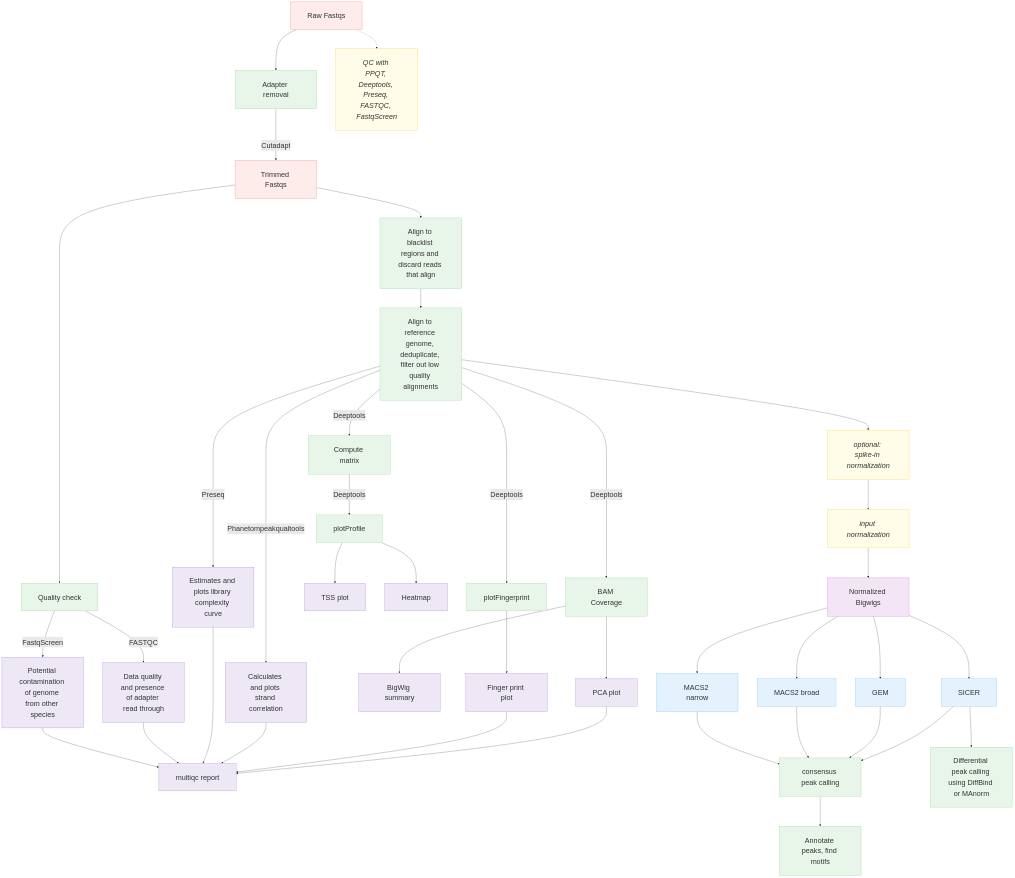
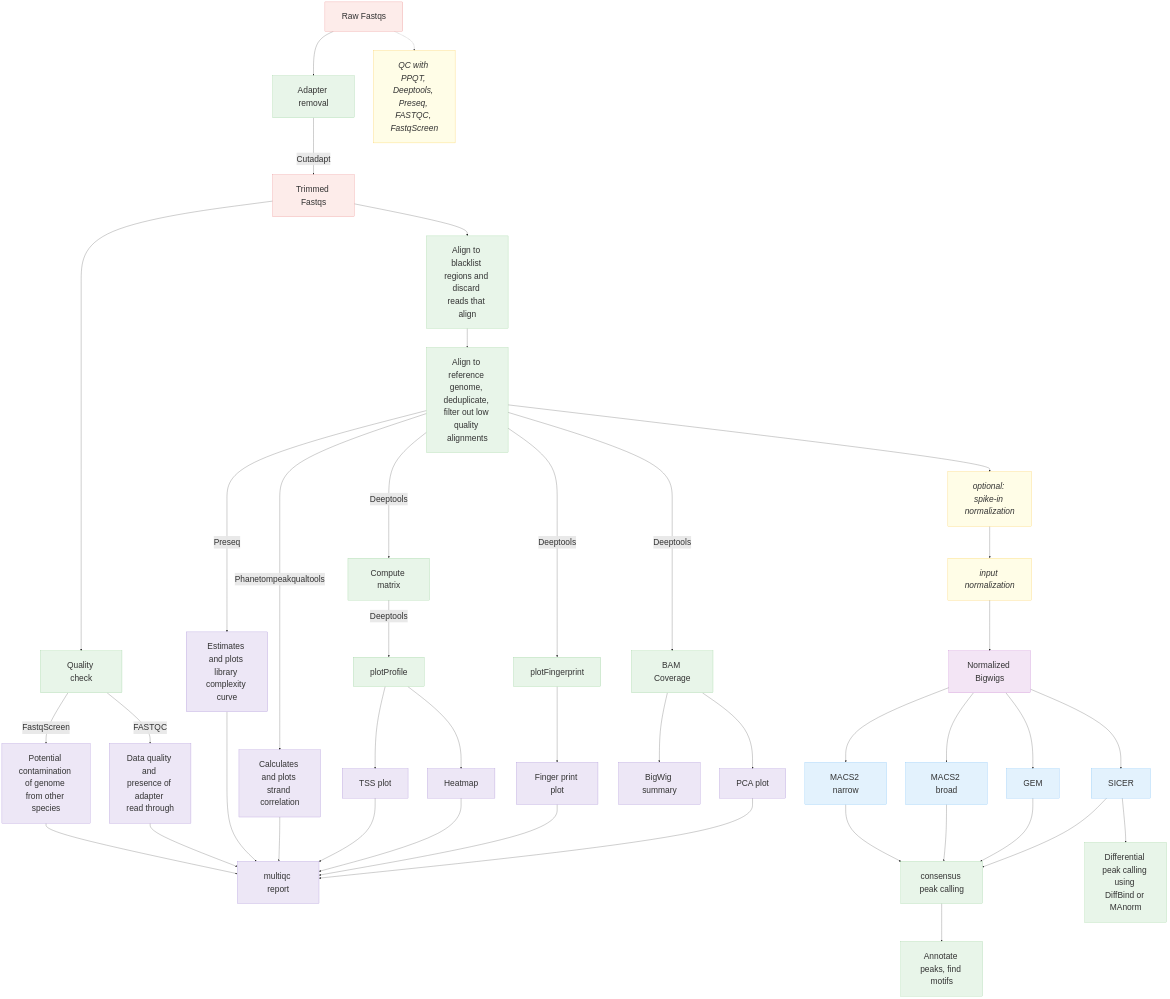
Before and after one commit to CCBR/CHAMPAGNE: the first of 2 diagrams in docs/diagram/index.md, drawn with Mermaid.

Commit message:
Change node order for DeepTools BAM coverage.

```diff
--- a/docs/diagram/index.md
+++ b/docs/diagram/index.md
@@ -5,7 +5,7 @@
 %%{init: {
   "themeVariables": {
      "background": "transparent",
-     "fontSize": "30px" },
+     "fontSize": "35px" },
   "flowchart": {
     "nodeSpacing": 80,
     "rankSpacing": 80,
@@ -50,12 +50,13 @@
   Matrix --> |Deeptools| Profile["plotProfile"]:::process
   Profile --> TSSplot["TSS plot"]:::output
   Profile --> Heatmap["Heatmap"]:::output
+  TSSplot --> MultiQC
+  Heatmap --> MultiQC
   Align --> |Deeptools| fingerprint["plotFingerprint"]:::process
   fingerprint --> fingerprintplot["Finger print plot"]:::output
   fingerprintplot --> MultiQC
   Align --> |Deeptools| BAMcov["BAM Coverage"]:::process
-  BAMcov --> Bigwig["BigWig summary"]:::output
-  BAMcov --> PCA["PCA plot"]:::output
+  BAMcov --> PCA["PCA plot"]:::output & Bigwig["BigWig summary"]:::output
   PCA --> MultiQC
 
   %% Peak calling
```
